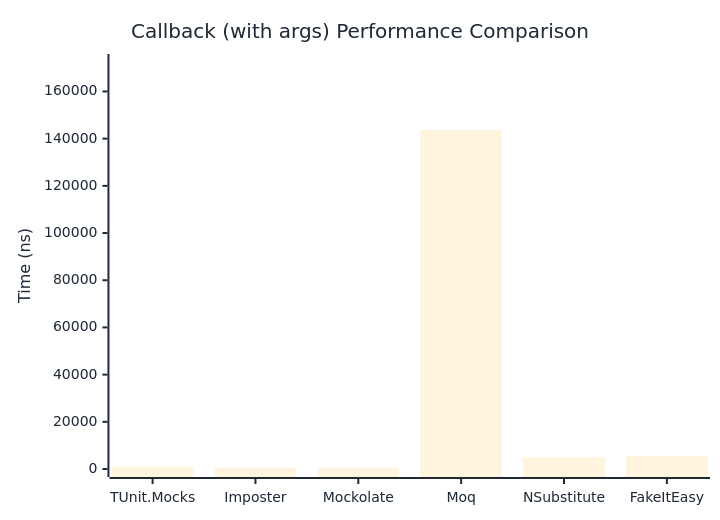
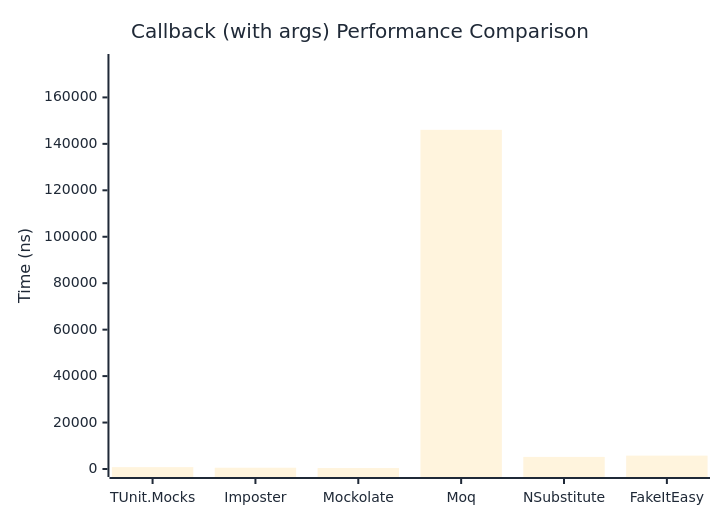
The second of 2 diagrams in docs/docs/benchmarks/mocks/Callback.md (thomhurst/TUnit), drawn with Mermaid before and after one commit. The commit also changed other lines of this file and 14 other files, not shown here.

````diff
--- a/docs/docs/benchmarks/mocks/Callback.md
+++ b/docs/docs/benchmarks/mocks/Callback.md
@@ -71,27 +71,27 @@
 ```mermaid
 %%{init: {
   'theme':'base',
   'themeVariables': {
     'primaryColor': '#2563eb',
     'primaryTextColor': '#1f2937',
     'primaryBorderColor': '#1e40af',
     'lineColor': '#6b7280',
     'secondaryColor': '#7c3aed',
     'tertiaryColor': '#dc2626',
     'background': '#ffffff',
     'pie1': '#2563eb',
     'pie2': '#7c3aed',
     'pie3': '#dc2626',
     'pie4': '#f59e0b',
     'pie5': '#10b981',
     'pie6': '#06b6d4',
     'pie7': '#ec4899',
     'pie8': '#6366f1'
   }
 }}%%
 xychart-beta
   title "Callback (with args) Performance Comparison"
   x-axis ["TUnit.Mocks", "Imposter", "Mockolate", "Moq", "NSubstitute", "FakeItEasy"]
-  y-axis "Time (ns)" 0 --> 172489
-  bar [758.4, 535, 392.5, 143740.6, 5042, 5593.6]
+  y-axis "Time (ns)" 0 --> 175247
+  bar [807.2, 549, 415.7, 146038.6, 5202.5, 5758.8]
 ```
````
